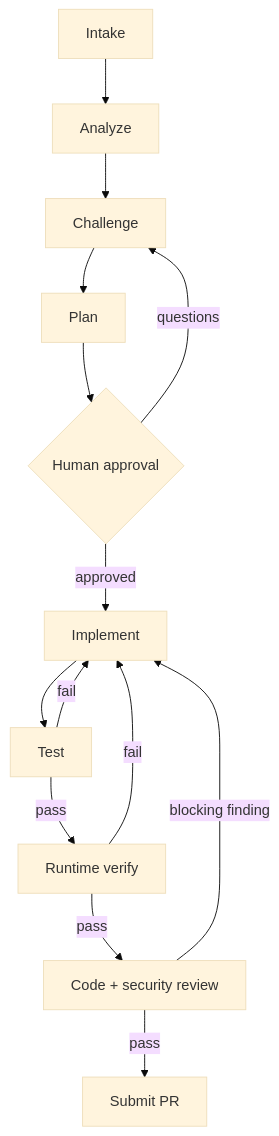
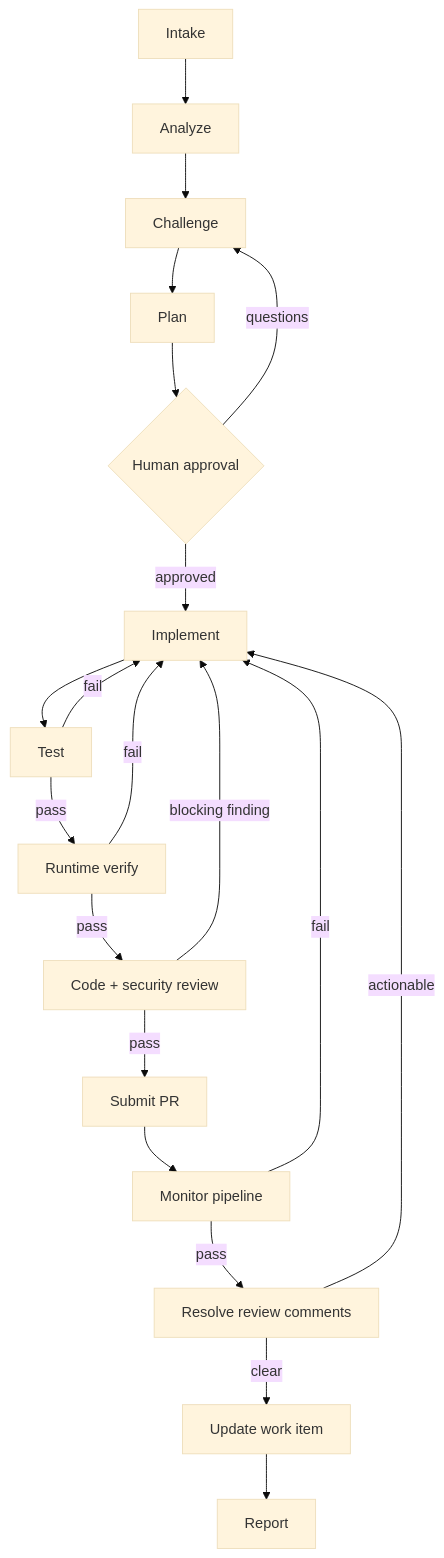
One commit to anjotadena/asterweave changed the second of 2 diagrams in README.md. Above: the diagram before and after it, drawn with Mermaid (base theme). The commit also changed other lines of this file and 36 other files, not shown here.

````diff
--- a/README.md
+++ b/README.md
@@ -106,16 +108,22 @@
 ```mermaid
 flowchart TD
     A[Intake] --> B[Analyze]
     B --> C[Challenge]
     C --> D[Plan]
     D --> E{Human approval}
     E -->|approved| F[Implement]
     E -->|questions| C
     F --> G[Test]
     G -->|fail| F
     G -->|pass| H[Runtime verify]
     H -->|fail| F
     H -->|pass| I[Code + security review]
     I -->|blocking finding| F
     I -->|pass| J[Submit PR]
+    J --> K[Monitor pipeline]
+    K -->|fail| F
+    K -->|pass| L[Resolve review comments]
+    L -->|actionable| F
+    L -->|clear| M[Update work item]
+    M --> N[Report]
 ```
````
